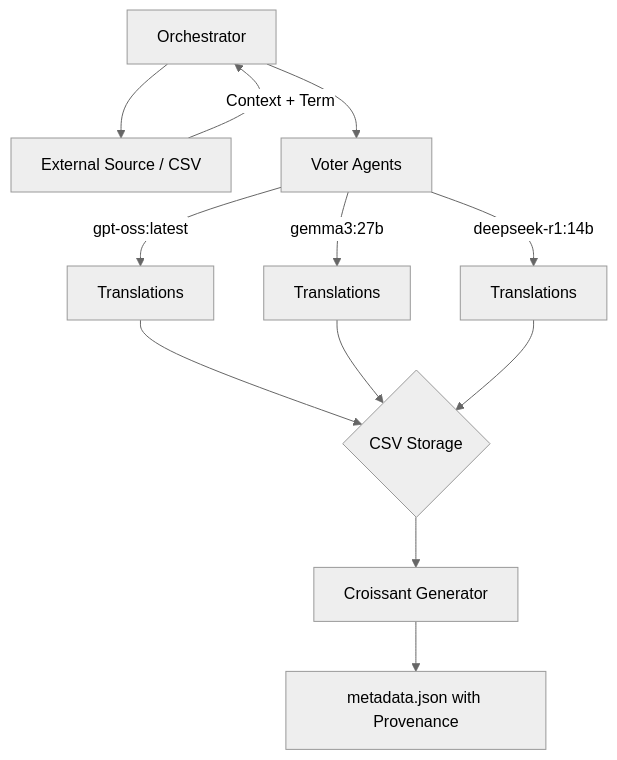
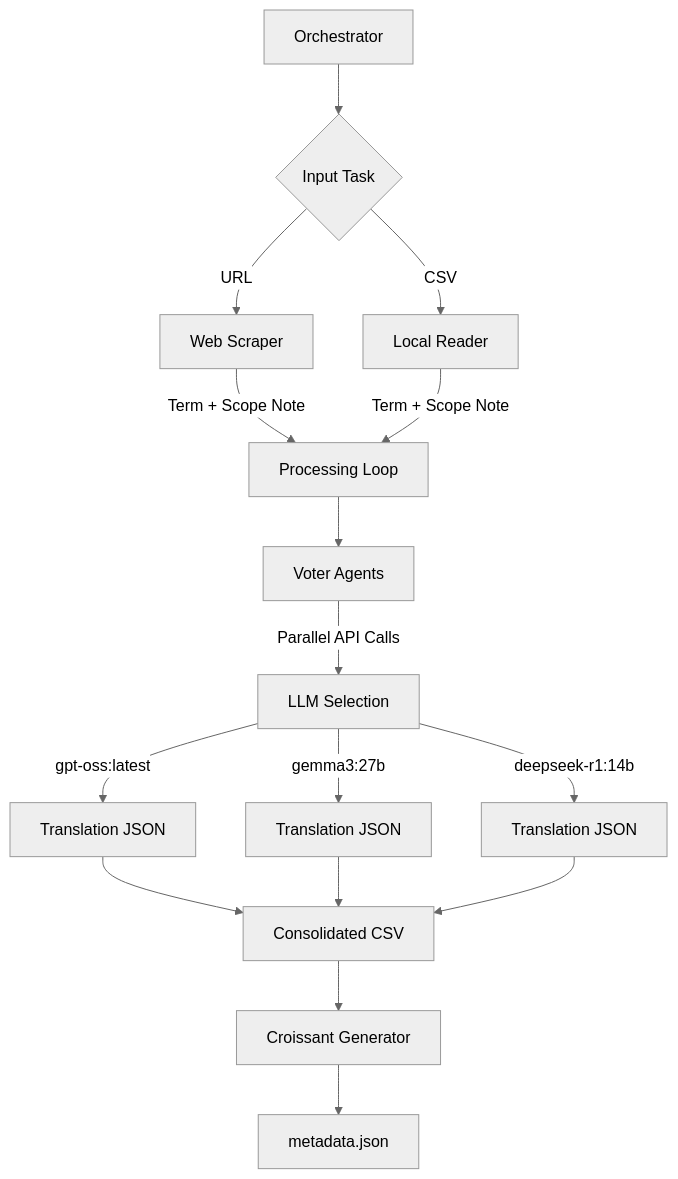
The diagram in agents.md (codata/the-minority-report), drawn with Mermaid (neutral theme) before and after one commit. The commit also changed other lines of this file, not shown here.

Commit message:
Detailed agents.md for reproducibility

````diff
--- a/agents.md
+++ b/agents.md
@@ -12,12 +23,15 @@
 ```mermaid
 graph TD
-    A[Orchestrator] --> B[External Source / CSV]
-    B -->|Context + Term| A
-    A --> C[Voter Agents]
-    C -->|gpt-oss:latest| D[Translations]
-    C -->|gemma3:27b| E[Translations]
-    C -->|deepseek-r1:14b| F[Translations]
-    D & E & F --> G{CSV Storage}
-    G --> H[Croissant Generator]
-    H --> I[metadata.json with Provenance]
+    A[Orchestrator] --> B{Input Task}
+    B -->|URL| C[Web Scraper]
+    B -->|CSV| D[Local Reader]
+    C & D -->|Term + Scope Note| E[Processing Loop]
+    E --> F[Voter Agents]
+    F -->|Parallel API Calls| G[LLM Selection]
+    G -->|gpt-oss:latest| H[Translation JSON]
+    G -->|gemma3:27b| I[Translation JSON]
+    G -->|deepseek-r1:14b| J[Translation JSON]
+    H & I & J --> K[Consolidated CSV]
+    K --> L[Croissant Generator]
+    L --> M[metadata.json]
 ```
````
